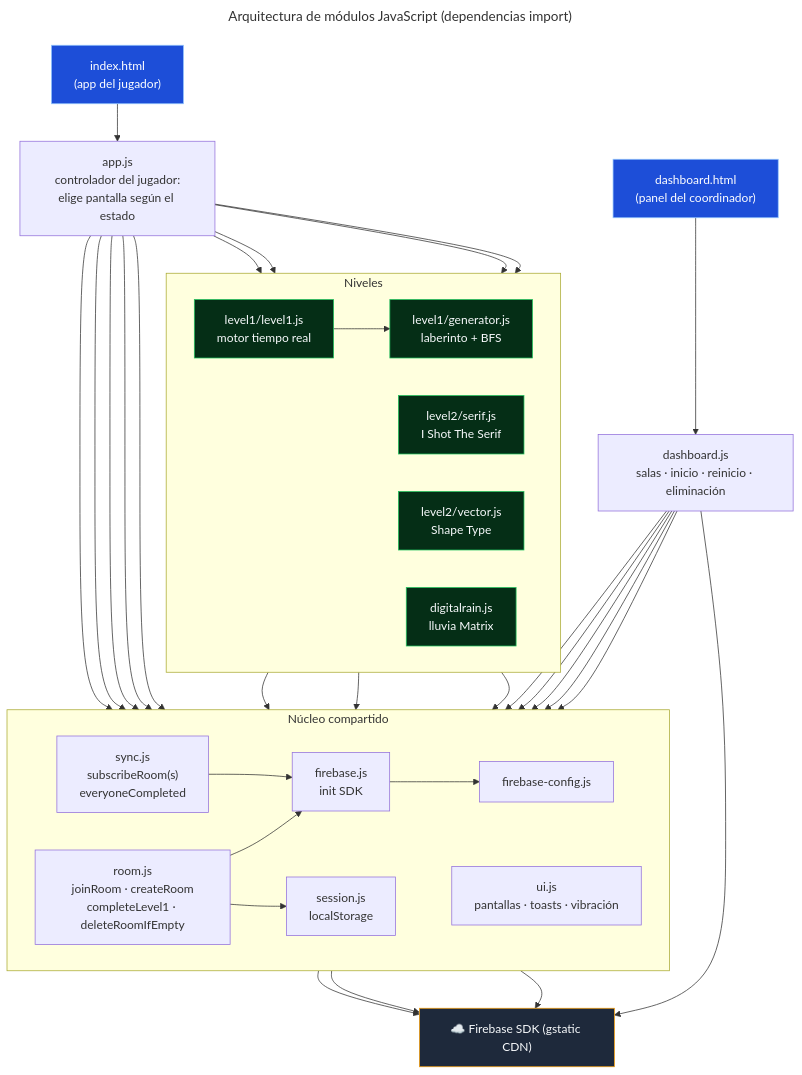
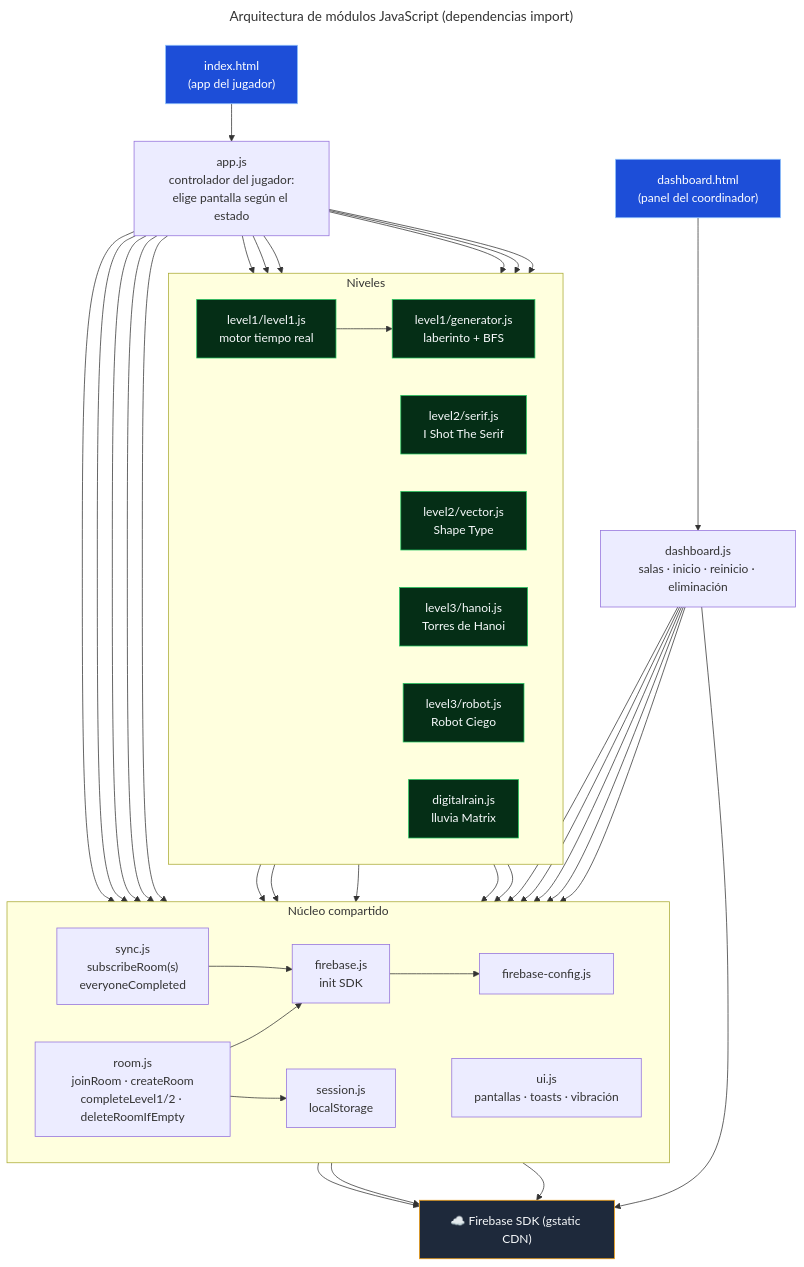
One commit to morphine75/escape_room changed the diagram in docs/diagramas/fuentes/02-arquitectura-modulos.mmd. Above: the diagram before and after it, drawn with Mermaid. The commit also changed 23 other files, not shown here.

First line of the commit message:
Add Level 3 'Laboratorio de Algoritmos' (Torres de Hanoi / Robot Ciego)

```diff
--- a/docs/diagramas/fuentes/02-arquitectura-modulos.mmd
+++ b/docs/diagramas/fuentes/02-arquitectura-modulos.mmd
@@ -1,48 +1,52 @@
 ---
 title: Arquitectura de módulos JavaScript (dependencias import)
 ---
 flowchart TB
   IDX["index.html<br/>(app del jugador)"] --> APP
   DASHH["dashboard.html<br/>(panel del coordinador)"] --> DASH
 
   APP["app.js<br/>controlador del jugador:<br/>elige pantalla según el estado"]
   DASH["dashboard.js<br/>salas · inicio · reinicio · eliminación"]
 
   subgraph Core["Núcleo compartido"]
     direction LR
-    ROOM["room.js<br/>joinRoom · createRoom<br/>completeLevel1 · deleteRoomIfEmpty"]
+    ROOM["room.js<br/>joinRoom · createRoom<br/>completeLevel1/2 · deleteRoomIfEmpty"]
     SYNC["sync.js<br/>subscribeRoom(s)<br/>everyoneCompleted"]
     SES["session.js<br/>localStorage"]
     UI["ui.js<br/>pantallas · toasts · vibración"]
     FBJS["firebase.js<br/>init SDK"]
     CFG["firebase-config.js"]
   end
 
   subgraph Niveles["Niveles"]
     direction LR
     L1["level1/level1.js<br/>motor tiempo real"]
     GEN["level1/generator.js<br/>laberinto + BFS"]
     SER["level2/serif.js<br/>I Shot The Serif"]
     VEC["level2/vector.js<br/>Shape Type"]
+    HAN["level3/hanoi.js<br/>Torres de Hanoi"]
+    ROB["level3/robot.js<br/>Robot Ciego"]
     RAIN["digitalrain.js<br/>lluvia Matrix"]
   end
 
   SDK["☁️ Firebase SDK (gstatic CDN)"]
 
   APP --> ROOM & SYNC & SES & UI & FBJS
-  APP --> L1 & SER & VEC & RAIN
+  APP --> L1 & SER & VEC & HAN & ROB & RAIN
   DASH --> ROOM & SYNC & SES & UI & FBJS
   L1 --> GEN & UI
   SER --> UI
   VEC --> UI
+  HAN --> UI
+  ROB --> UI
   ROOM --> FBJS & SES
   SYNC --> FBJS
   ROOM & SYNC & DASH --> SDK
   FBJS --> CFG & SDK
 
   classDef entry fill:#1d4ed8,stroke:#93c5fd,color:#fff
   classDef lvl fill:#052e16,stroke:#22c55e,color:#f8fafc
   classDef ext fill:#1e293b,stroke:#f59e0b,color:#f8fafc
   class IDX,DASHH entry
-  class L1,GEN,SER,VEC,RAIN lvl
+  class L1,GEN,SER,VEC,HAN,ROB,RAIN lvl
   class SDK ext
```
